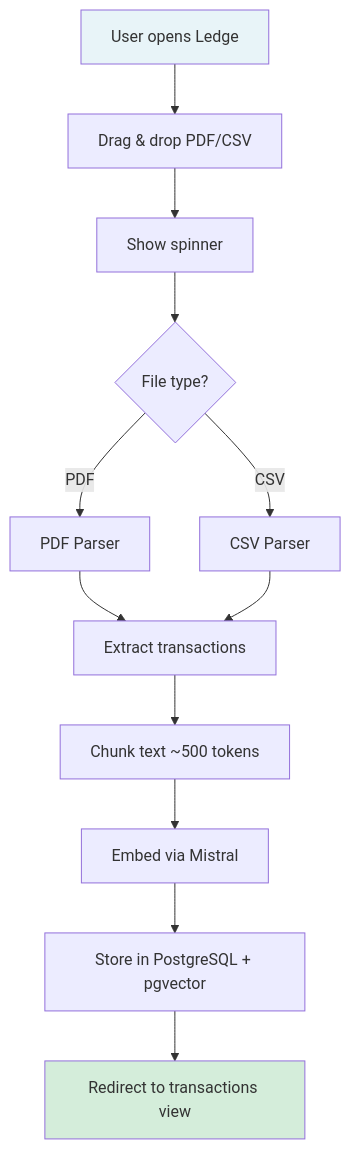
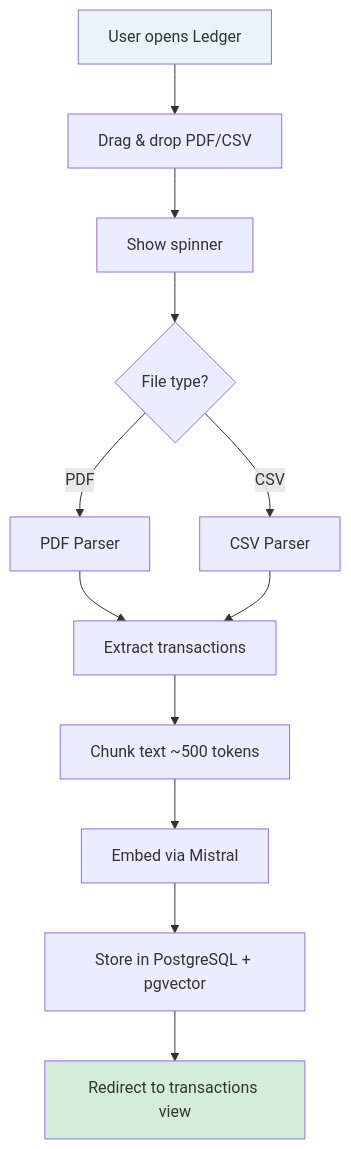
The first of 4 diagrams in docs/product.md (darth-dodo/ledger), drawn with Mermaid before and after one commit. The commit also changed other lines of this file and 15 other files, not shown here.

````diff
--- a/docs/product.md
+++ b/docs/product.md
@@ -58,17 +58,17 @@
 ```mermaid
 flowchart TD
-    A[User opens Ledge] --> B[Drag & drop PDF/CSV]
+    A[User opens Ledger] --> B[Drag & drop PDF/CSV]
     B --> C[Show spinner]
     C --> D{File type?}
     D -->|PDF| E[PDF Parser]
     D -->|CSV| F[CSV Parser]
     E --> G[Extract transactions]
     F --> G
     G --> H[Chunk text ~500 tokens]
     H --> I[Embed via Mistral]
     I --> J[Store in PostgreSQL + pgvector]
     J --> K[Redirect to transactions view]
 
     style A fill:#e8f4f8
     style K fill:#d4edda
 ```
````
